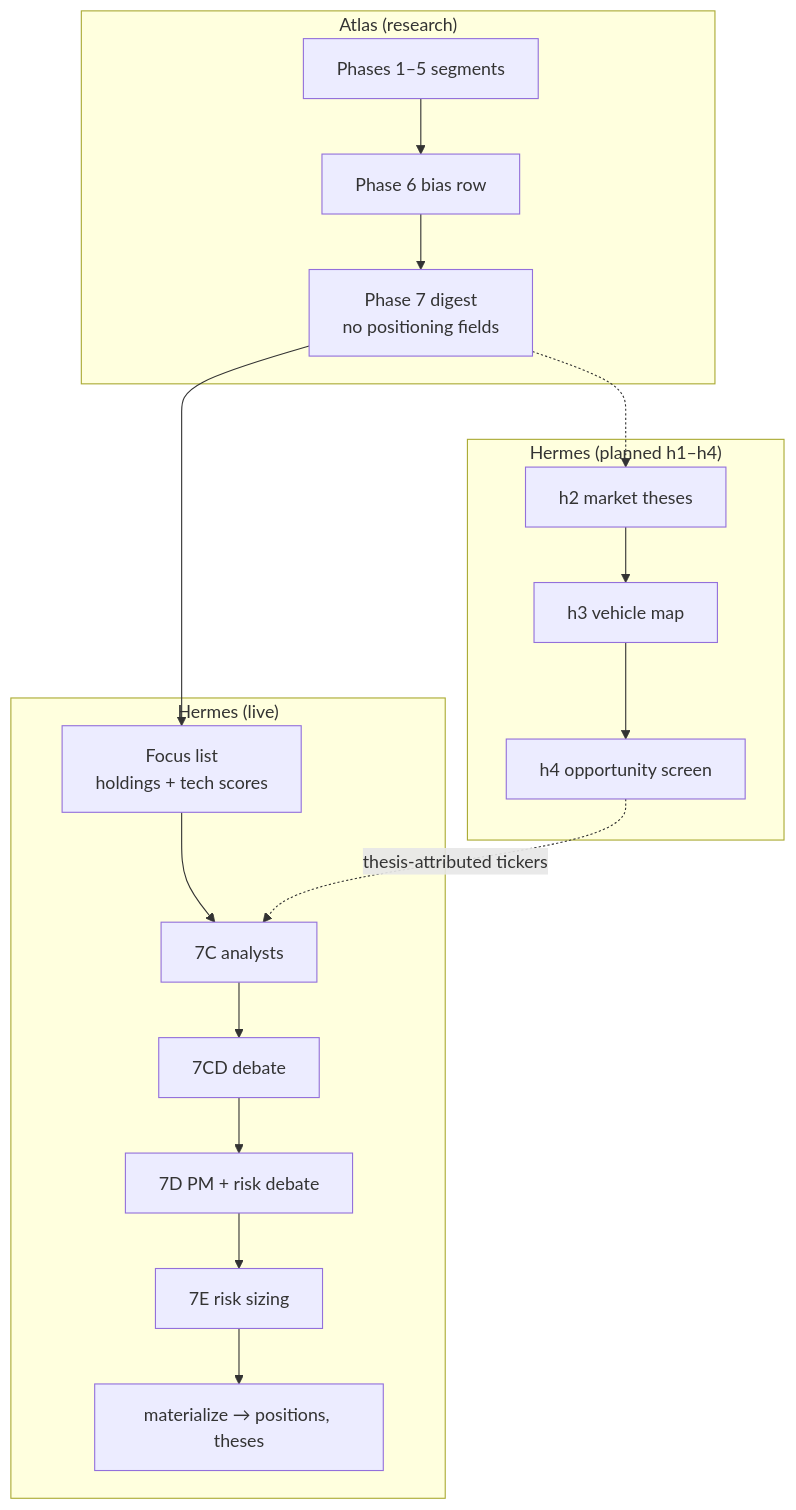
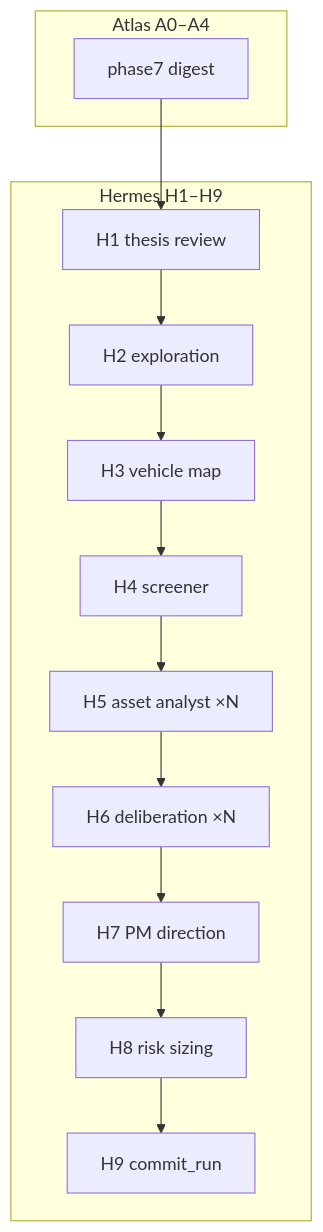
One commit to digithings-ai/digithings changed the diagram in digiquant/src/digiquant/olympus/hermes/docs/ARCHITECTURE.md. Above: the diagram before and after it, drawn with Mermaid. The commit also changed other lines of this file and 168 other files, not shown here.

First line of the commit message:
feat(digiquant): Olympus daily thesis-first graph (#930)

````diff
--- a/digiquant/src/digiquant/olympus/hermes/docs/ARCHITECTURE.md
+++ b/digiquant/src/digiquant/olympus/hermes/docs/ARCHITECTURE.md
@@ -61,30 +74,21 @@
 ```mermaid
 flowchart TB
-  subgraph Atlas["Atlas (research)"]
-    seg["Phases 1–5 segments"]
-    bias["Phase 6 bias row"]
-    dig["Phase 7 digest<br/>no positioning fields"]
-    seg --> bias --> dig
+  subgraph Atlas["Atlas A0–A4"]
+    dig["phase7 digest"]
   end
 
-  subgraph HermesLive["Hermes (live)"]
-    focus["Focus list<br/>holdings + tech scores"]
-    c["7C analysts"]
-    cd["7CD debate"]
-    d["7D PM + risk debate"]
-    e["7E risk sizing"]
-    m["materialize → positions, theses"]
-    focus --> c --> cd --> d --> e --> m
+  subgraph Hermes["Hermes H1–H9"]
+    H1["H1 thesis review"]
+    H2["H2 exploration"]
+    H3["H3 vehicle map"]
+    H4["H4 screener"]
+    H5["H5 asset analyst ×N"]
+    H6["H6 deliberation ×N"]
+    H7["H7 PM direction"]
+    H8["H8 risk sizing"]
+    H9["H9 commit_run"]
+    H1 --> H2 --> H3 --> H4 --> H5 --> H6 --> H7 --> H8 --> H9
   end
 
-  subgraph HermesPlanned["Hermes (planned h1–h4)"]
-    h2["h2 market theses"]
-    h3["h3 vehicle map"]
-    h4["h4 opportunity screen"]
-    h2 --> h3 --> h4
-  end
-
-  dig --> focus
-  dig -.-> h2
-  h4 -.->|"thesis-attributed tickers"| c
+  dig --> H1
 ```
````
